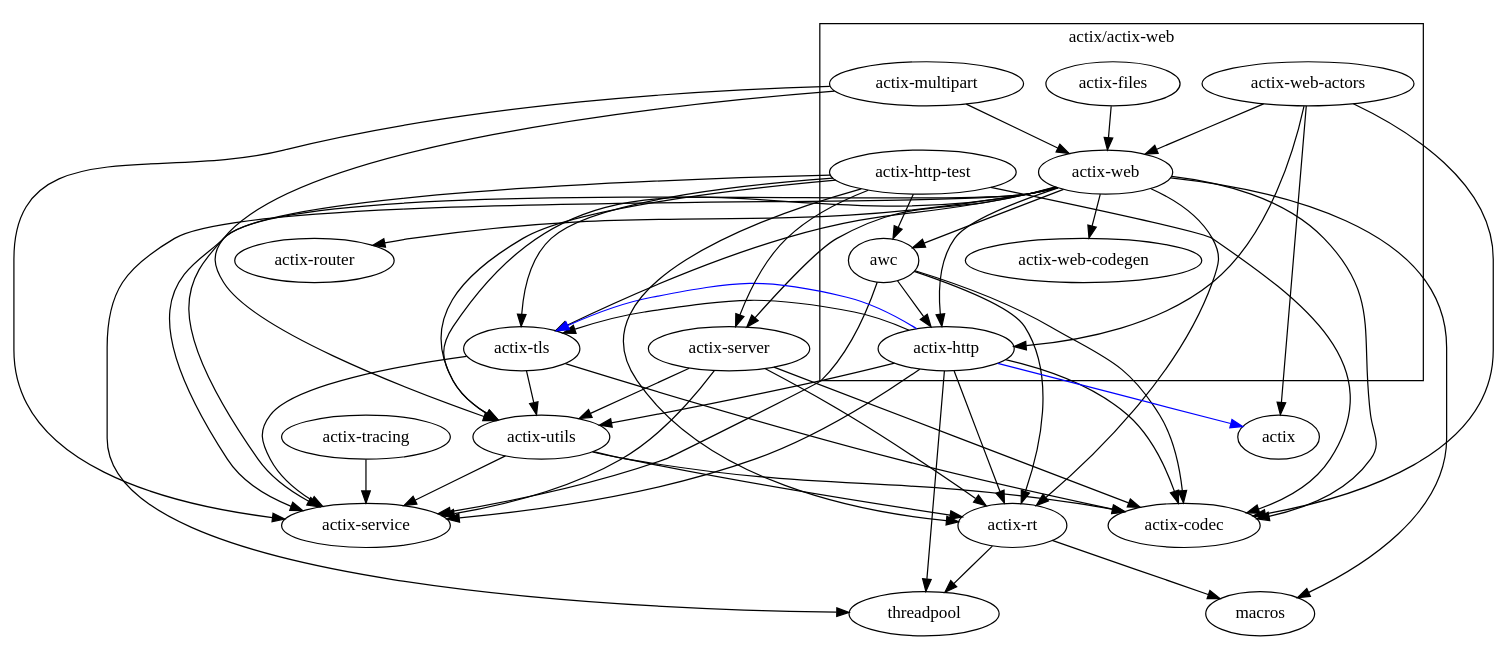
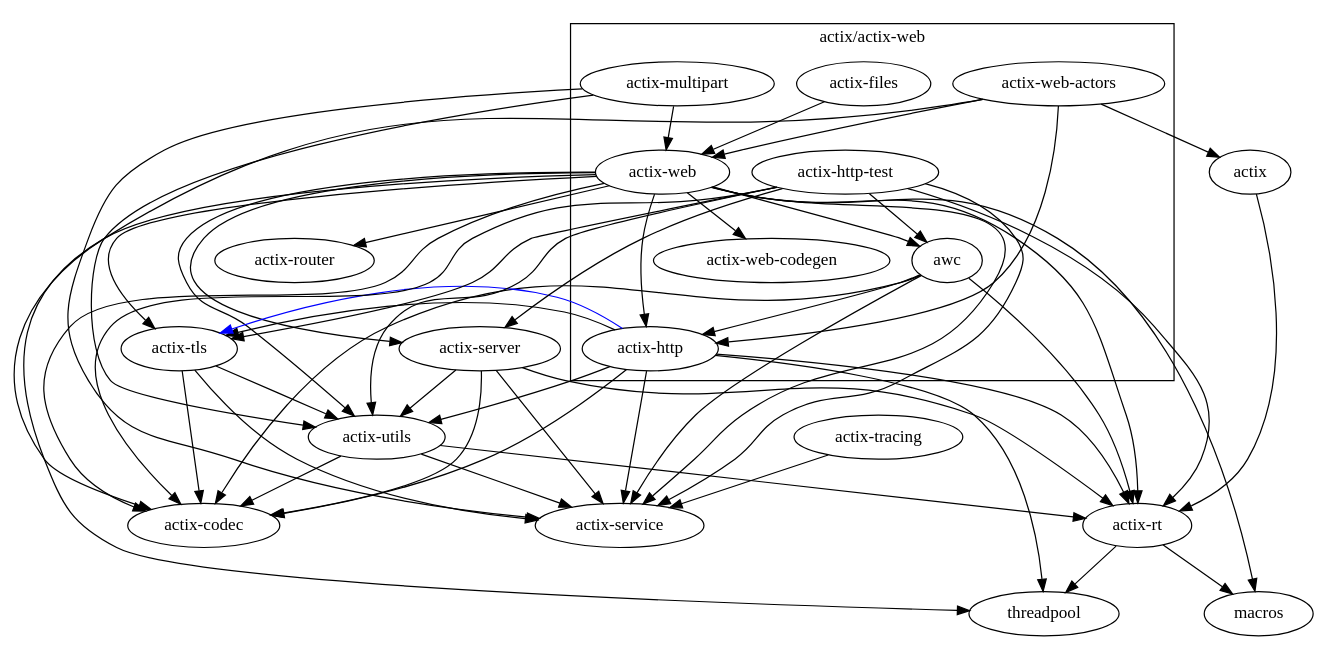
Before and after one commit to Cherry-Pooh/actix-web: the diagram in docs/graphs/web-focus.dot, drawn with Graphviz. The commit also changed 37 other files, not shown here.

```diff
--- a/docs/graphs/web-focus.dot
+++ b/docs/graphs/web-focus.dot
@@ -1,30 +1,35 @@
 digraph {
     subgraph cluster_web {
         label="actix/actix-web"
+
         "awc"
         "actix-web"
         "actix-files"
         "actix-http"
         "actix-multipart"
         "actix-web-actors"
         "actix-web-codegen"
         "actix-http-test"
     }
 
     "actix-web" -> { "actix-codec" "actix-service" "actix-utils" "actix-router" "actix-rt" "actix-server" "macros" "threadpool" "actix-tls" "actix-web-codegen" "actix-http" "awc" }
     "awc" -> { "actix-codec" "actix-service" "actix-http" "actix-rt" }
     "actix-web-actors" -> { "actix" "actix-web" "actix-http" "actix-codec" }
     "actix-multipart" -> { "actix-web" "actix-service" "actix-utils" }
     "actix-http" -> { "actix-service" "actix-codec" "actix-tls" "actix-utils" "actix-rt" "threadpool" }
-    "actix-http" -> { "actix" "actix-tls" }[color=blue] // optional
+    "actix-http" -> { "actix-tls" }[color=blue] // optional
     "actix-files" -> { "actix-web" }
     "actix-http-test" -> { "actix-service" "actix-codec" "actix-tls" "actix-utils" "actix-rt" "actix-server" "awc" }
 
     // net
 
     "actix-utils" -> { "actix-service" "actix-rt" "actix-codec" }
     "actix-tracing" -> { "actix-service" }
     "actix-tls" -> { "actix-service" "actix-codec" "actix-utils" }
     "actix-server" -> { "actix-service" "actix-rt" "actix-codec" "actix-utils" }
     "actix-rt" -> { "macros" "threadpool" }
+
+    // actix
+
+    "actix" -> { "actix-rt" }
 }
```
